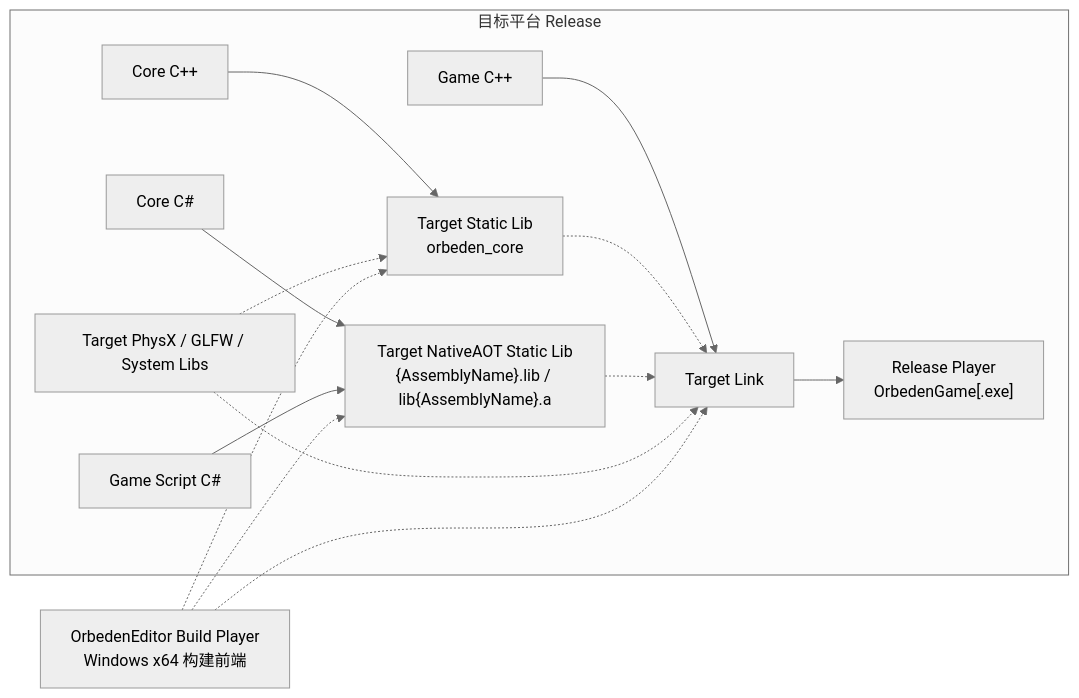
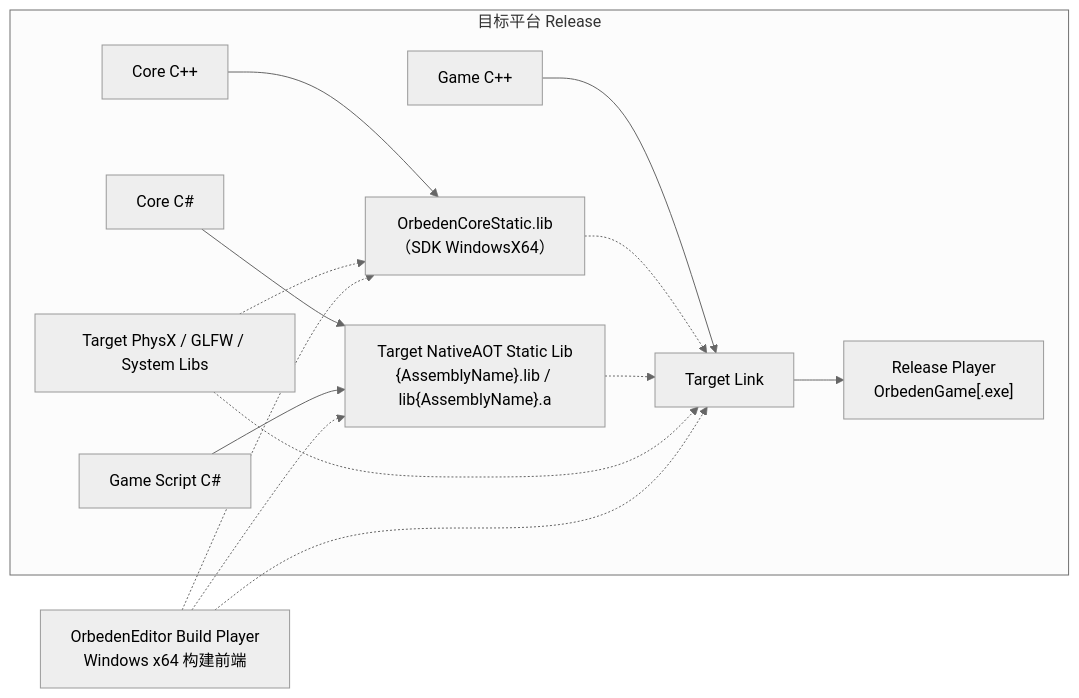
Before and after one commit to REW-Z/orbeden: the second of 3 diagrams in Docs/BuildAndPackaging.md, drawn with Mermaid (neutral theme). The commit also changed other lines of this file and 89 other files, not shown here.

````diff
--- a/Docs/BuildAndPackaging.md
+++ b/Docs/BuildAndPackaging.md
@@ -67,20 +67,20 @@
 ```mermaid
 flowchart LR
     Editor["OrbedenEditor Build Player\nWindows x64 构建前端"]
 
     subgraph Target["目标平台 Release"]
-        CoreCpp["Core C++"] --> CoreLib["Target Static Lib\norbeden_core"]
+        CoreCpp["Core C++"] --> CoreLib["OrbedenCoreStatic.lib\n（SDK WindowsX64）"]
         GameCpp["Game C++"] --> Link["Target Link"]
         CoreCs["Core C#"] --> Aot["Target NativeAOT Static Lib\n{AssemblyName}.lib / lib{AssemblyName}.a"]
         GameCs["Game Script C#"] --> Aot
         PlatformLibs["Target PhysX / GLFW / System Libs"] -.-> CoreLib
         CoreLib -.-> Link
         Aot -.-> Link
         PlatformLibs -.-> Link
         Link --> Player["Release Player\nOrbedenGame[.exe]"]
     end
 
     Editor -.-> Aot
     Editor -.-> CoreLib
     Editor -.-> Link
 ```
````
